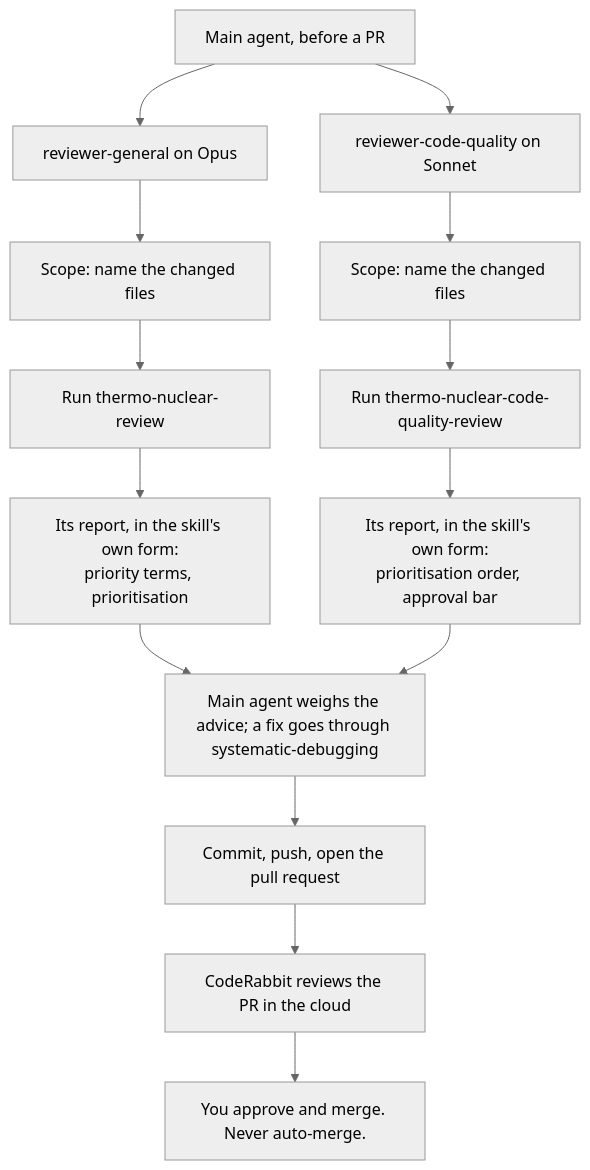
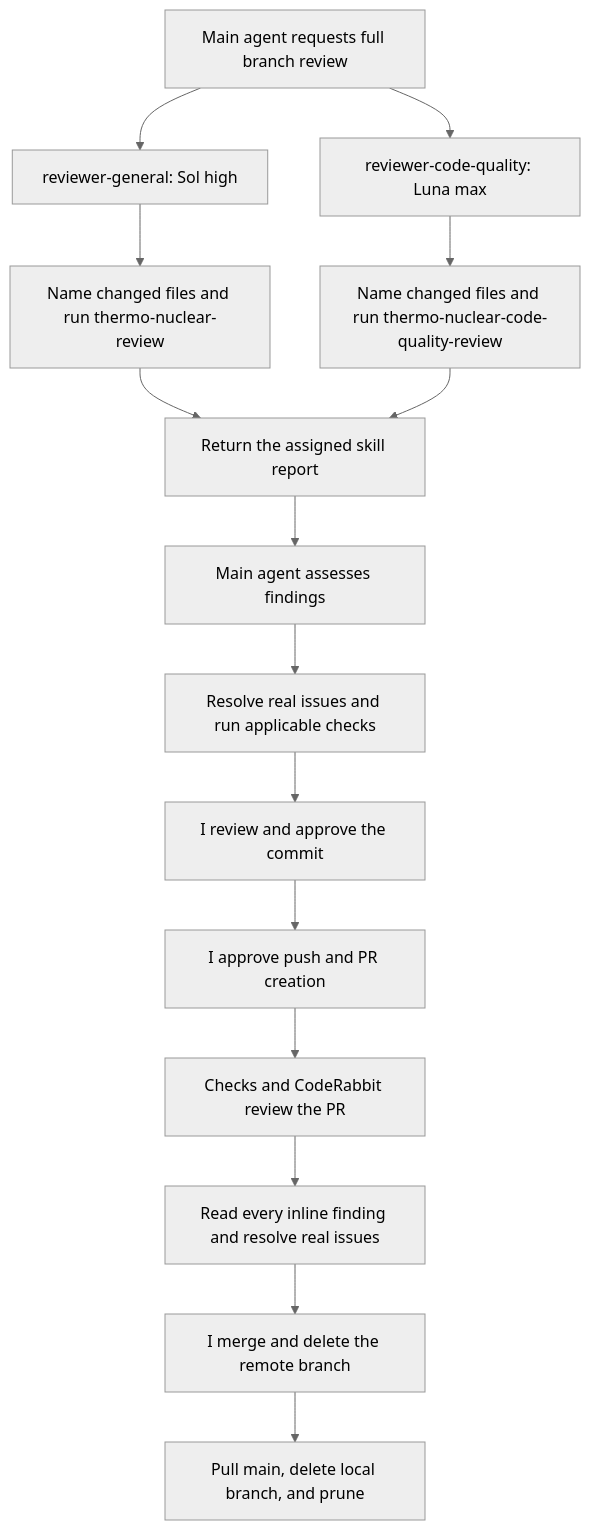
The second of 2 diagrams in README.md (RajarshiB21/Remoticon), drawn with Mermaid (neutral theme) before and after one commit. The commit also changed other lines of this file and 54 other files, not shown here.

````diff
--- a/README.md
+++ b/README.md
@@ -49,16 +84,17 @@
 ```mermaid
 flowchart TD
-    A[Main agent, before a PR] --> B[reviewer-general on Opus]
-    A --> C[reviewer-code-quality on Sonnet]
-    B --> B1[Scope: name the changed files]
-    C --> C1[Scope: name the changed files]
-    B1 --> B2[Run thermo-nuclear-review]
-    C1 --> C2[Run thermo-nuclear-code-quality-review]
-    B2 --> B3["Its report, in the skill's own form:<br/>priority terms, prioritisation"]
-    C2 --> C3["Its report, in the skill's own form:<br/>prioritisation order, approval bar"]
-    B3 --> G[Main agent weighs the advice; a fix goes through systematic-debugging]
-    C3 --> G
-    G --> I[Commit, push, open the pull request]
-    I --> J[CodeRabbit reviews the PR in the cloud]
-    J --> K[You approve and merge. Never auto-merge.]
+    A[Main agent requests full branch review] --> B[reviewer-general: Sol high]
+    A --> C[reviewer-code-quality: Luna max]
+    B --> D[Name changed files and run thermo-nuclear-review]
+    C --> E[Name changed files and run thermo-nuclear-code-quality-review]
+    D --> F[Return the assigned skill report]
+    E --> F
+    F --> G[Main agent assesses findings]
+    G --> H[Resolve real issues and run applicable checks]
+    H --> I[I review and approve the commit]
+    I --> J[I approve push and PR creation]
+    J --> K[Checks and CodeRabbit review the PR]
+    K --> L[Read every inline finding and resolve real issues]
+    L --> M[I merge and delete the remote branch]
+    M --> N[Pull main, delete local branch, and prune]
 ```
````
